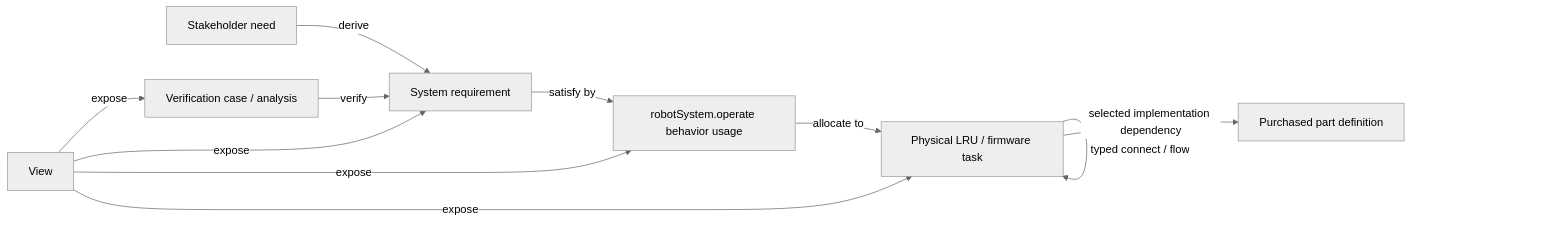
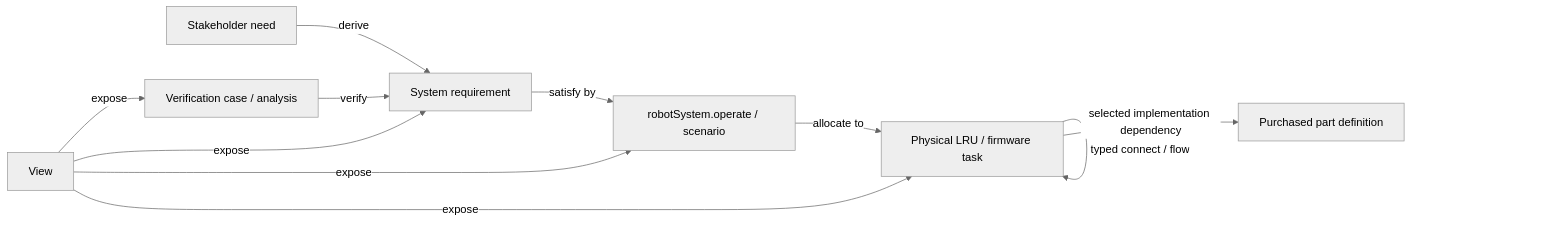
The diagram in docs/MODEL_GUIDE.md (elan8/sysml-robot-vacuum-cleaner), drawn with Mermaid (neutral theme) before and after one commit. The commit also changed other lines of this file and 20 other files, not shown here.

````diff
--- a/docs/MODEL_GUIDE.md
+++ b/docs/MODEL_GUIDE.md
@@ -35,13 +32,13 @@
 ```mermaid
 flowchart LR
   N["Stakeholder need"] -->|derive| R["System requirement"]
-  R -->|satisfy by| B["robotSystem.operate behavior usage"]
+  R -->|satisfy by| B["robotSystem.operate / scenario"]
   B -->|allocate to| P["Physical LRU / firmware task"]
   P -->|selected implementation dependency| T["Purchased part definition"]
   P -->|typed connect / flow| P
   V["Verification case / analysis"] -->|verify| R
   W["View"] -->|expose| R
   W -->|expose| B
   W -->|expose| P
   W -->|expose| V
 ```
````
